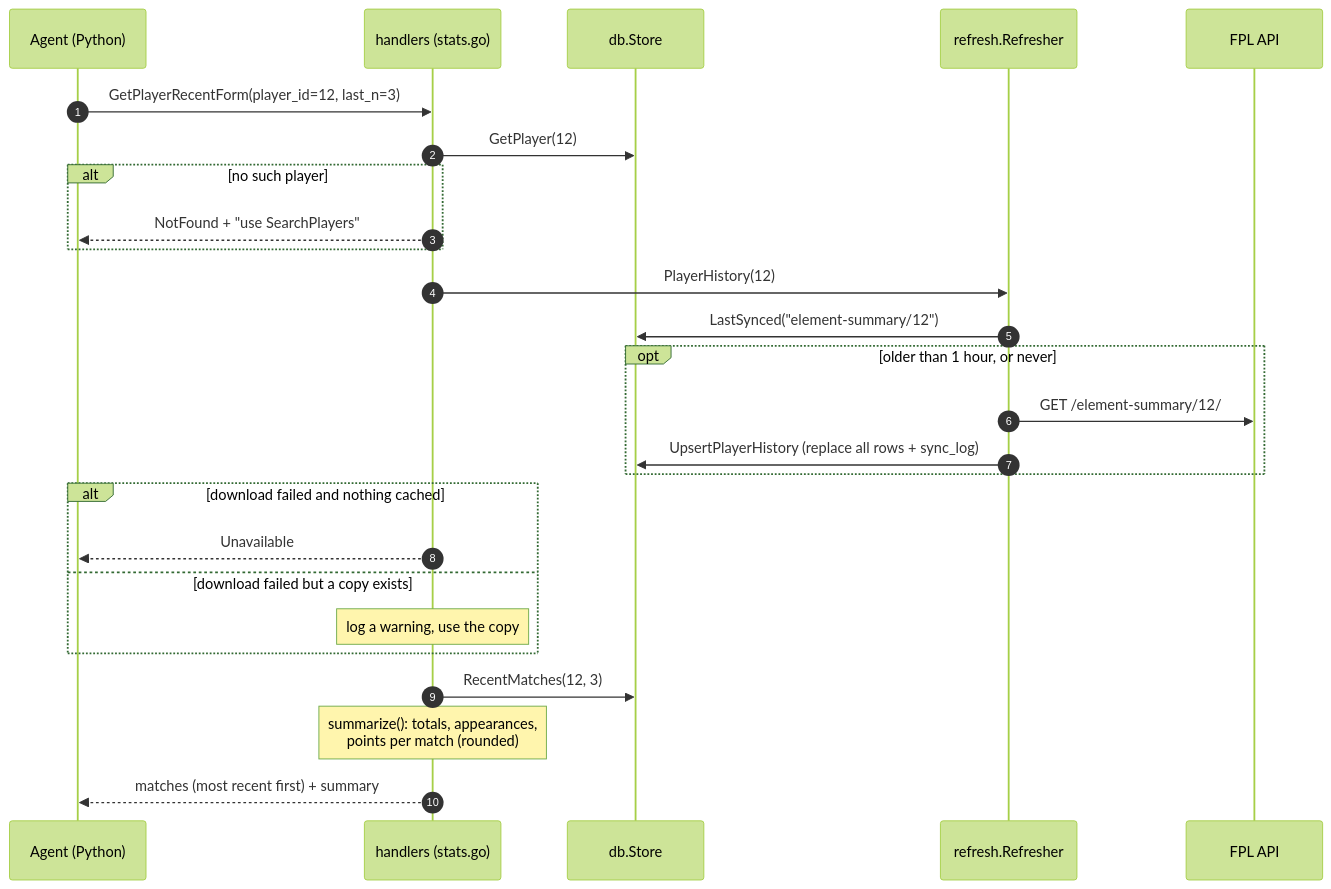
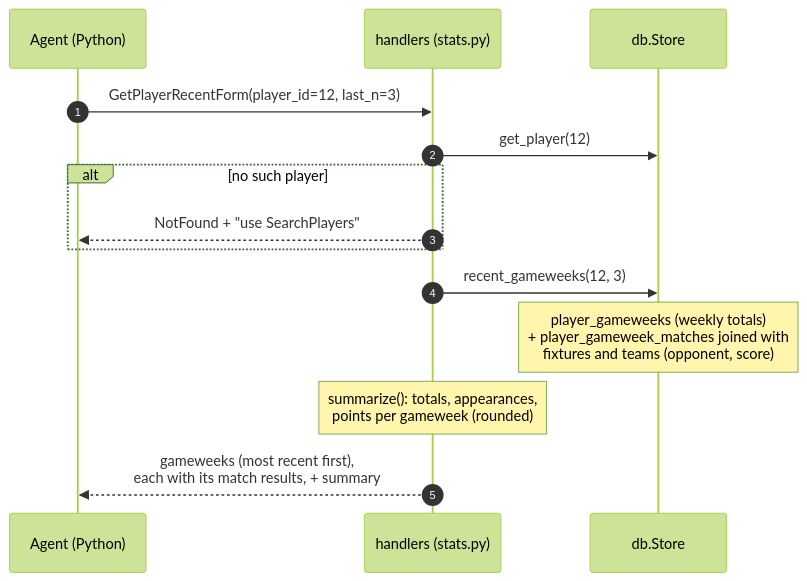
Before and after one commit to KaartikeyNatrajan/SquadScout: the fifth of 13 diagrams in docs/architecture.md, drawn with Mermaid (forest theme). The commit also changed other lines of this file and 188 other files, not shown here.

````diff
--- a/docs/architecture.md
+++ b/docs/architecture.md
@@ -239,29 +283,17 @@
 ```mermaid
 sequenceDiagram
     autonumber
     participant A as Agent (Python)
-    participant H as handlers (stats.go)
+    participant H as handlers (stats.py)
     participant DB as db.Store
-    participant R as refresh.Refresher
-    participant API as FPL API
 
     A->>H: GetPlayerRecentForm(player_id=12, last_n=3)
-    H->>DB: GetPlayer(12)
+    H->>DB: get_player(12)
     alt no such player
         H-->>A: NotFound + "use SearchPlayers"
     end
-    H->>R: PlayerHistory(12)
-    R->>DB: LastSynced("element-summary/12")
-    opt older than 1 hour, or never
-        R->>API: GET /element-summary/12/
-        R->>DB: UpsertPlayerHistory (replace all rows + sync_log)
-    end
-    alt download failed and nothing cached
-        H-->>A: Unavailable
-    else download failed but a copy exists
-        Note over H: log a warning, use the copy
-    end
-    H->>DB: RecentMatches(12, 3)
-    Note over H: summarize(): totals, appearances,<br/>points per match (rounded)
-    H-->>A: matches (most recent first) + summary
+    H->>DB: recent_gameweeks(12, 3)
+    Note over DB: player_gameweeks (weekly totals)<br/>+ player_gameweek_matches joined with<br/>fixtures and teams (opponent, score)
+    Note over H: summarize(): totals, appearances,<br/>points per gameweek (rounded)
+    H-->>A: gameweeks (most recent first),<br/>each with its match results, + summary
 ```
````
